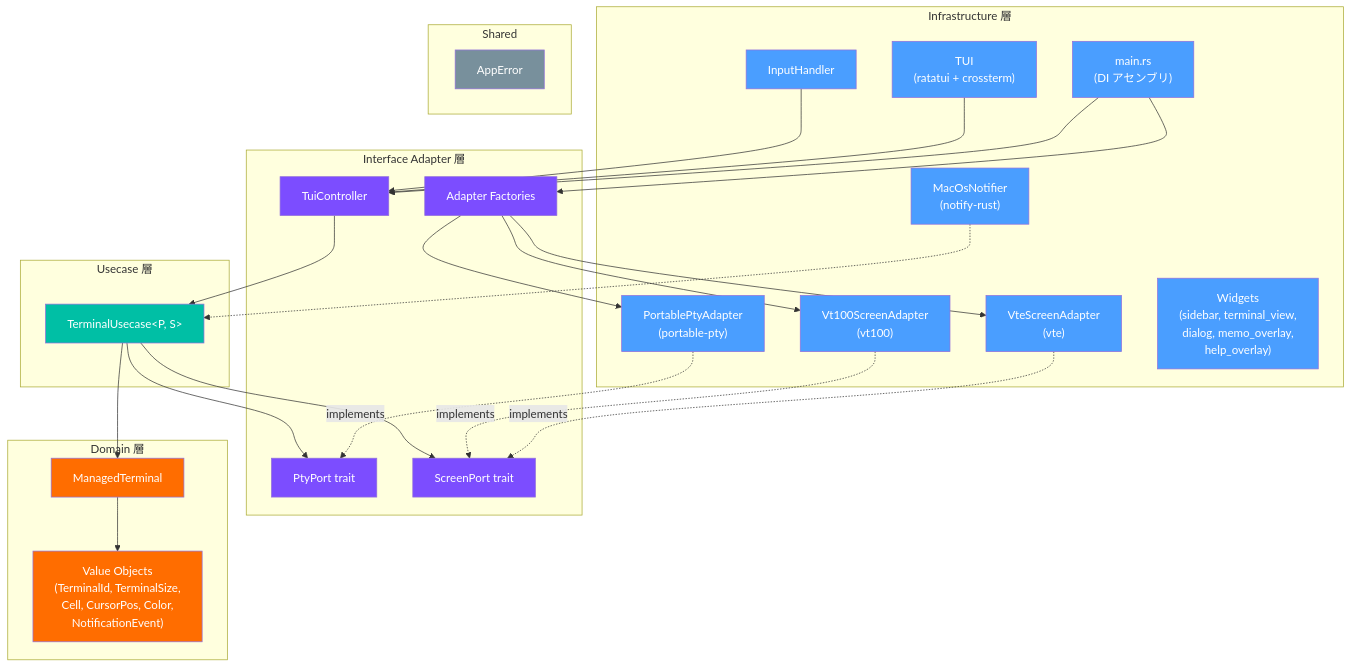
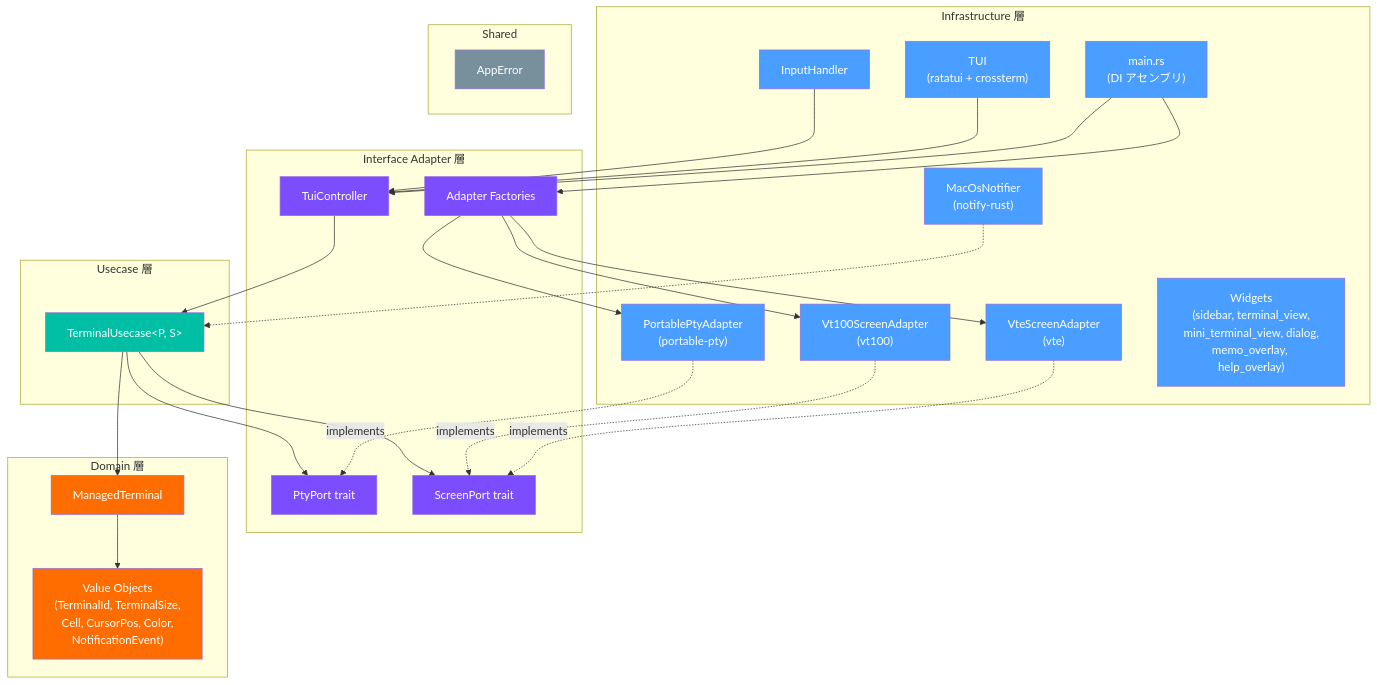
The fourth of 6 diagrams in README.md (Kobayashi-takumi/cli-manager), drawn with Mermaid before and after one commit. The commit also changed other lines of this file, not shown here.

First line of the commit message:
Update README with mini terminal documentation

````diff
--- a/README.md
+++ b/README.md
@@ -265,67 +287,67 @@
 ```mermaid
 graph TD
     subgraph "Infrastructure 層"
         MAIN["main.rs<br/>(DI アセンブリ)"]
         PTY["PortablePtyAdapter<br/>(portable-pty)"]
         VTE["VteScreenAdapter<br/>(vte)"]
         VT100["Vt100ScreenAdapter<br/>(vt100)"]
         TUI["TUI<br/>(ratatui + crossterm)"]
         INPUT["InputHandler"]
-        WIDGETS["Widgets<br/>(sidebar, terminal_view,<br/>dialog, memo_overlay,<br/>help_overlay)"]
+        WIDGETS["Widgets<br/>(sidebar, terminal_view,<br/>mini_terminal_view, dialog,<br/>memo_overlay, help_overlay)"]
         NOTIF["MacOsNotifier<br/>(notify-rust)"]
     end
 
     subgraph "Interface Adapter 層"
         CTRL["TuiController"]
         PTYPORT["PtyPort trait"]
         SCRPORT["ScreenPort trait"]
         FACTORY["Adapter Factories"]
     end
 
     subgraph "Usecase 層"
         UC["TerminalUsecase&lt;P, S&gt;"]
     end
 
     subgraph "Domain 層"
         ENT["ManagedTerminal"]
         VO["Value Objects<br/>(TerminalId, TerminalSize,<br/>Cell, CursorPos, Color,<br/>NotificationEvent)"]
     end
 
     subgraph "Shared"
         ERR["AppError"]
     end
 
     MAIN --> CTRL
     MAIN --> FACTORY
     FACTORY --> PTY
     FACTORY --> VTE
     FACTORY --> VT100
     TUI --> CTRL
     INPUT --> CTRL
     CTRL --> UC
     PTY -.->|implements| PTYPORT
     VTE -.->|implements| SCRPORT
     VT100 -.->|implements| SCRPORT
     UC --> PTYPORT
     UC --> SCRPORT
     UC --> ENT
     ENT --> VO
     NOTIF -.-> UC
 
     style MAIN fill:#4a9eff,color:#fff
     style PTY fill:#4a9eff,color:#fff
     style VTE fill:#4a9eff,color:#fff
     style VT100 fill:#4a9eff,color:#fff
     style TUI fill:#4a9eff,color:#fff
     style INPUT fill:#4a9eff,color:#fff
     style WIDGETS fill:#4a9eff,color:#fff
     style NOTIF fill:#4a9eff,color:#fff
     style CTRL fill:#7c4dff,color:#fff
     style PTYPORT fill:#7c4dff,color:#fff
     style SCRPORT fill:#7c4dff,color:#fff
     style FACTORY fill:#7c4dff,color:#fff
     style UC fill:#00bfa5,color:#fff
     style ENT fill:#ff6d00,color:#fff
     style VO fill:#ff6d00,color:#fff
     style ERR fill:#78909c,color:#fff
 ```
````
